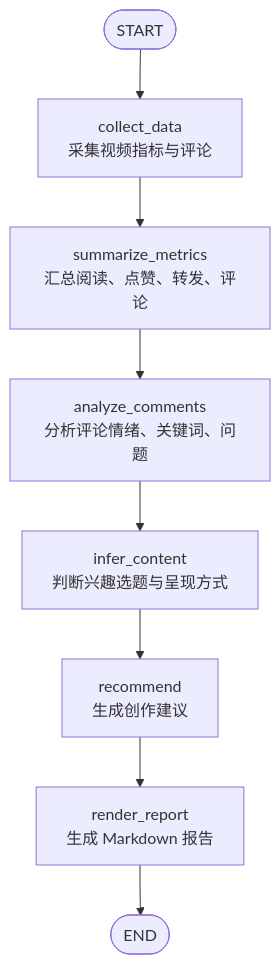
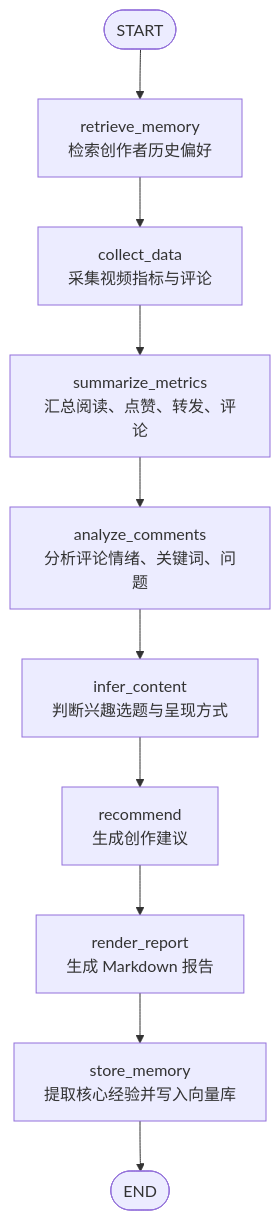
One commit to daviddou2023/creator-assistant-agent changed the first of 2 diagrams in knowledges/langgraph_workflow.md. Above: the diagram before and after it, drawn with Mermaid. The commit also changed other lines of this file and 14 other files, not shown here.

````diff
--- a/knowledges/langgraph_workflow.md
+++ b/knowledges/langgraph_workflow.md
@@ -7,19 +7,23 @@
 ```mermaid
 flowchart TD
     start([START])
+    memory[retrieve_memory<br/>检索创作者历史偏好]
     collect[collect_data<br/>采集视频指标与评论]
     metrics[summarize_metrics<br/>汇总阅读、点赞、转发、评论]
     comments[analyze_comments<br/>分析评论情绪、关键词、问题]
     content[infer_content<br/>判断兴趣选题与呈现方式]
     recommend[recommend<br/>生成创作建议]
     report[render_report<br/>生成 Markdown 报告]
+    store[store_memory<br/>提取核心经验并写入向量库]
     finish([END])
 
-    start --> collect
+    start --> memory
+    memory --> collect
     collect --> metrics
     metrics --> comments
     comments --> content
     content --> recommend
     recommend --> report
-    report --> finish
+    report --> store
+    store --> finish
 ```
````
